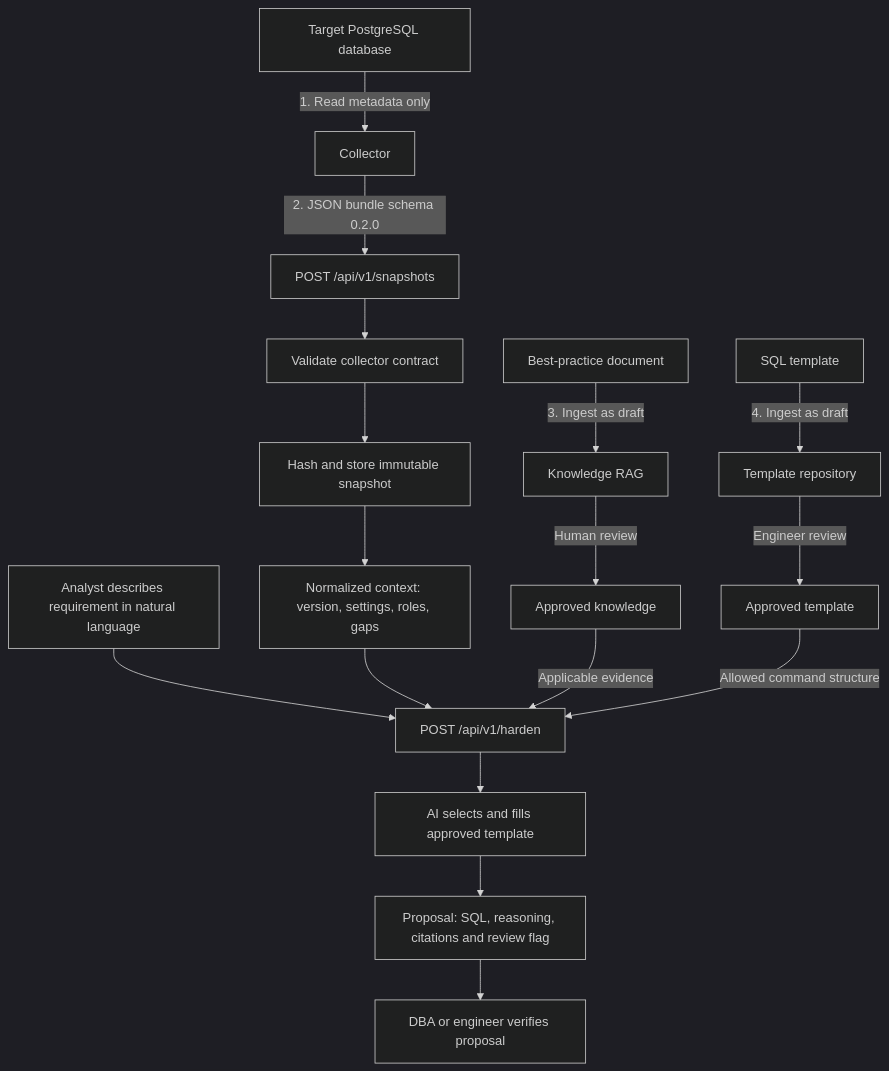
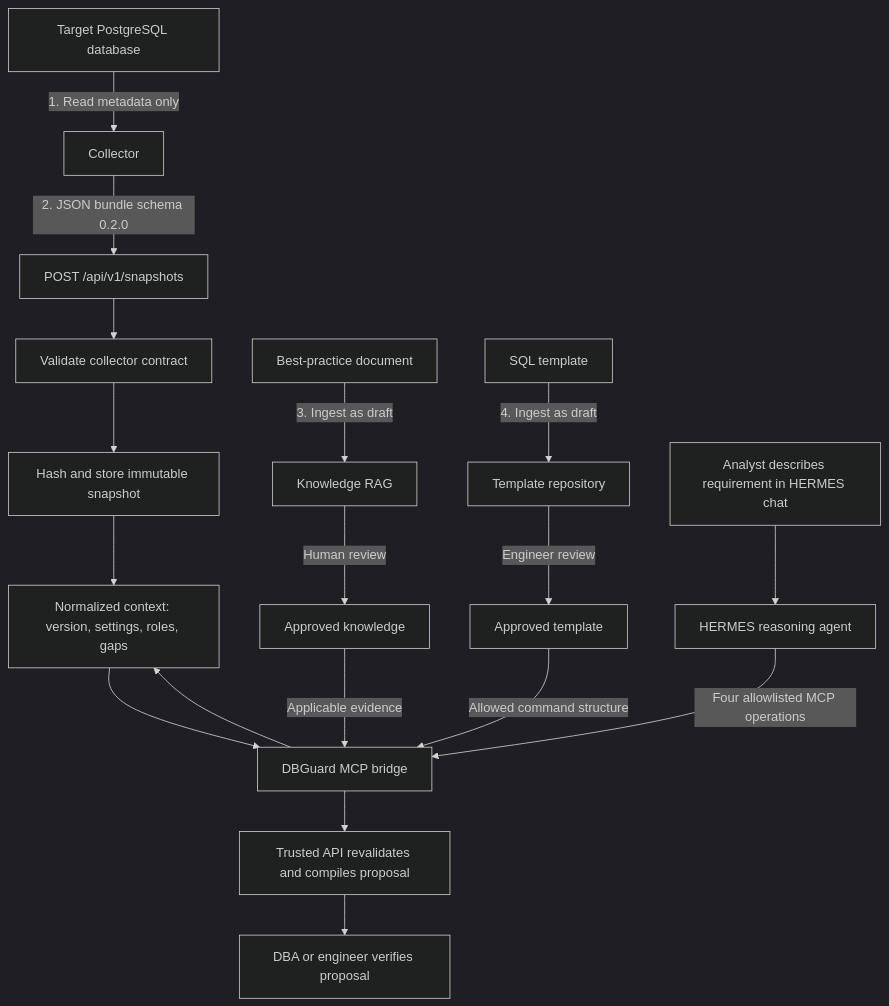
The first of 5 diagrams in ARCHITECTURE.md (xylonc/DBGuard_AI), drawn with Mermaid (dark theme) before and after one commit. The commit also changed other lines of this file and 21 other files, not shown here.

Commit message:
feat: integrate restricted Hermes chat workflow

````diff
--- a/ARCHITECTURE.md
+++ b/ARCHITECTURE.md
@@ -19,22 +19,23 @@
 ```mermaid
 flowchart TD
     A[Target PostgreSQL database] -->|1. Read metadata only| B[Collector]
     B -->|2. JSON bundle schema 0.2.0| C[POST /api/v1/snapshots]
     C --> D[Validate collector contract]
     D --> E[Hash and store immutable snapshot]
     E --> F[Normalized context: version, settings, roles, gaps]
 
     G[Best-practice document] -->|3. Ingest as draft| H[Knowledge RAG]
     H -->|Human review| I[Approved knowledge]
 
     J[SQL template] -->|4. Ingest as draft| K[Template repository]
     K -->|Engineer review| L[Approved template]
 
-    M[Analyst describes requirement in natural language] --> N[POST /api/v1/harden]
-    F --> N
-    I -->|Applicable evidence| N
-    L -->|Allowed command structure| N
-    N --> O[AI selects and fills approved template]
-    O --> P[Proposal: SQL, reasoning, citations and review flag]
+    M[Analyst describes requirement in HERMES chat] --> N[HERMES reasoning agent]
+    N -->|Four allowlisted MCP operations| O[DBGuard MCP bridge]
+    O --> F
+    F --> O
+    I -->|Applicable evidence| O
+    L -->|Allowed command structure| O
+    O --> P[Trusted API revalidates and compiles proposal]
     P --> Q[DBA or engineer verifies proposal]
 ```
````
